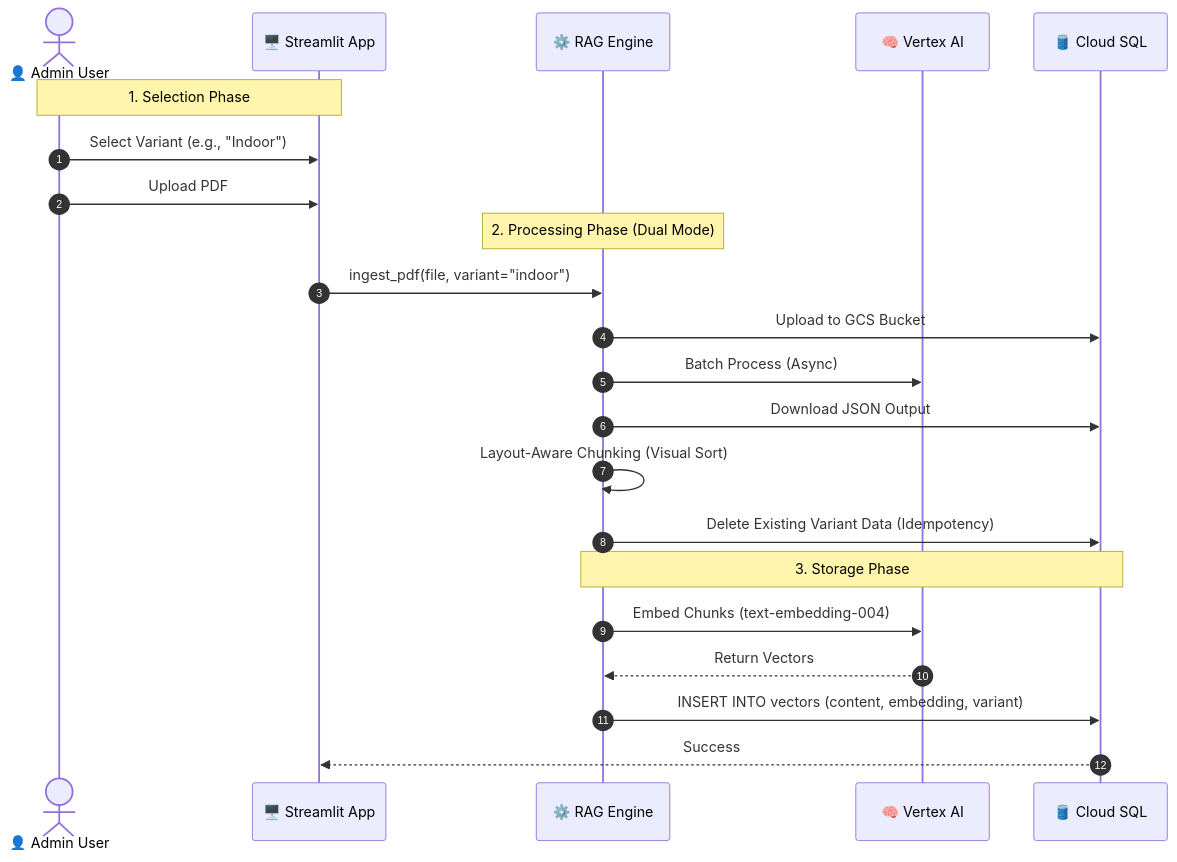
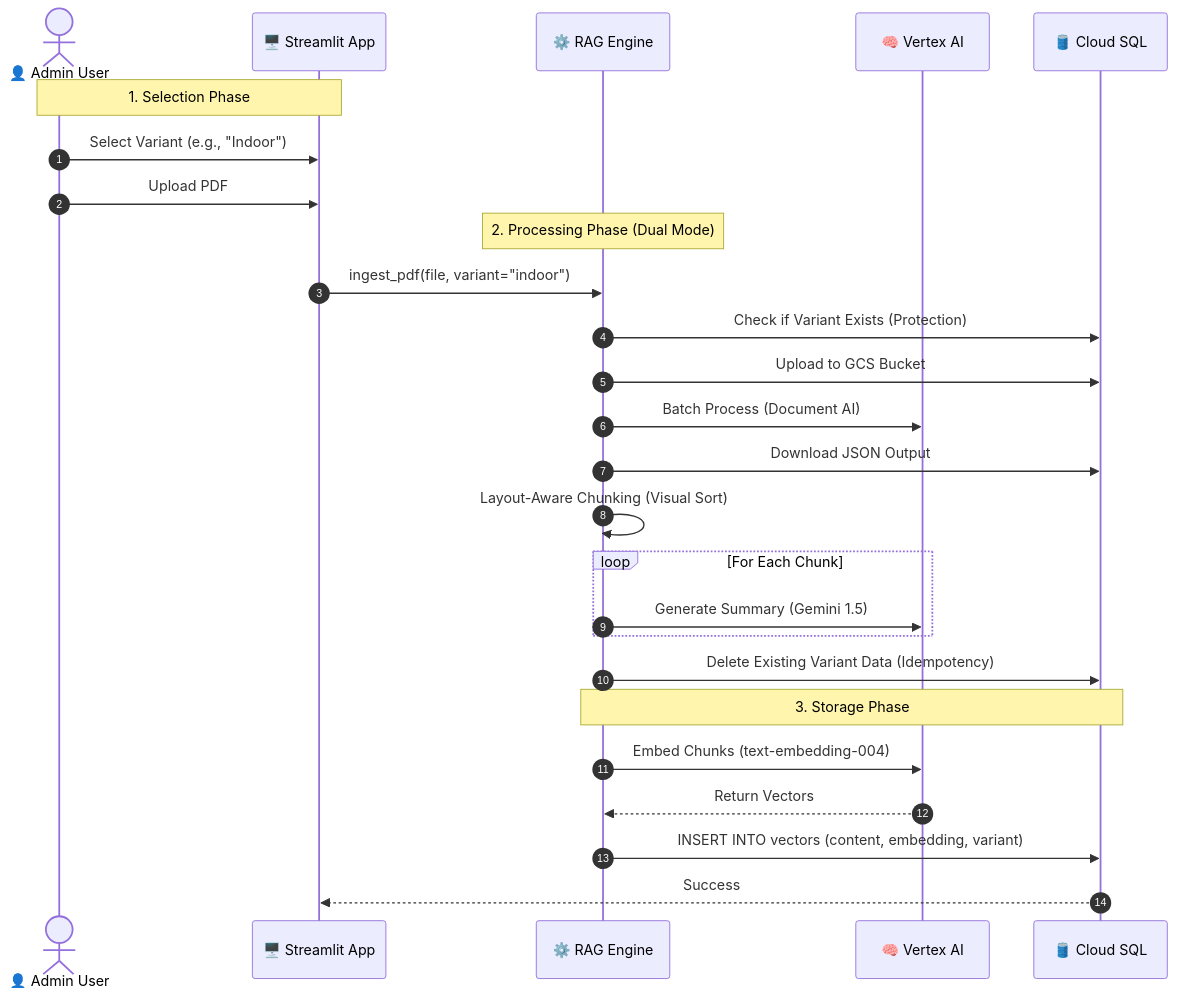
The first of 2 diagrams in README.md (bavobbr/langchain-poc), drawn with Mermaid before and after one commit. The commit also changed other lines of this file, not shown here.

````diff
--- a/README.md
+++ b/README.md
@@ -25,29 +25,36 @@
 ```mermaid
 sequenceDiagram
     autonumber
     actor User as 👤 Admin User
     participant App as 🖥️ Streamlit App
     participant Engine as ⚙️ RAG Engine
     participant Vertex as 🧠 Vertex AI
     participant DB as 🛢️ Cloud SQL
 
     Note over User, App: 1. Selection Phase
     User->>App: Select Variant (e.g., "Indoor")
     User->>App: Upload PDF
 
     Note over Engine: 2. Processing Phase (Dual Mode)
     App->>Engine: ingest_pdf(file, variant="indoor")
     
+    Engine->>DB: Check if Variant Exists (Protection)
+    
     Engine->>DB: Upload to GCS Bucket
-    Engine->>Vertex: Batch Process (Async)
+    Engine->>Vertex: Batch Process (Document AI)
     Engine->>DB: Download JSON Output
 
     Engine->>Engine: Layout-Aware Chunking (Visual Sort)
+    
+    loop For Each Chunk
+        Engine->>Vertex: Generate Summary (Gemini 1.5)
+    end
+
     Engine->>DB: Delete Existing Variant Data (Idempotency)
 
     Note over Engine, DB: 3. Storage Phase
     Engine->>Vertex: Embed Chunks (text-embedding-004)
     Vertex-->>Engine: Return Vectors
     Engine->>DB: INSERT INTO vectors (content, embedding, variant)
     DB-->>App: Success
 ```
````
